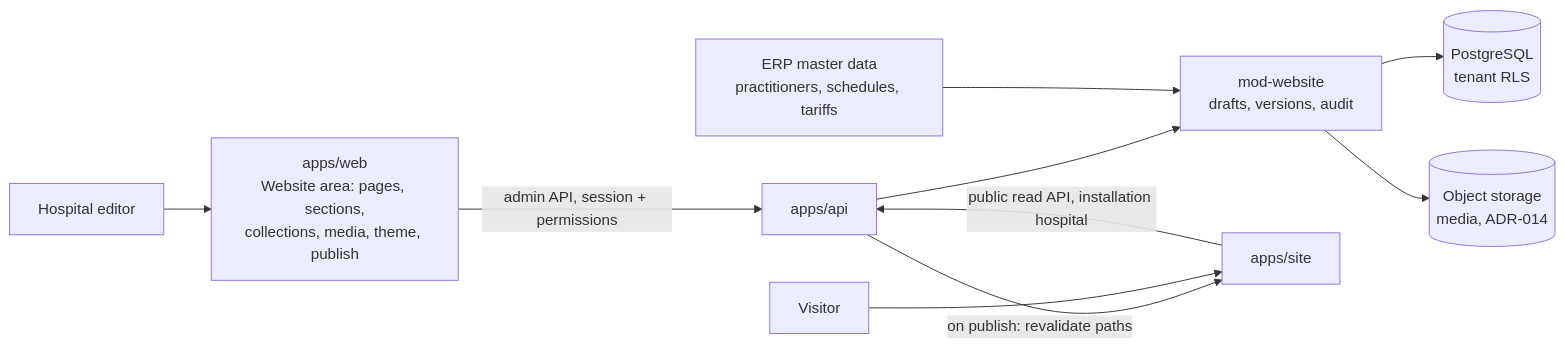
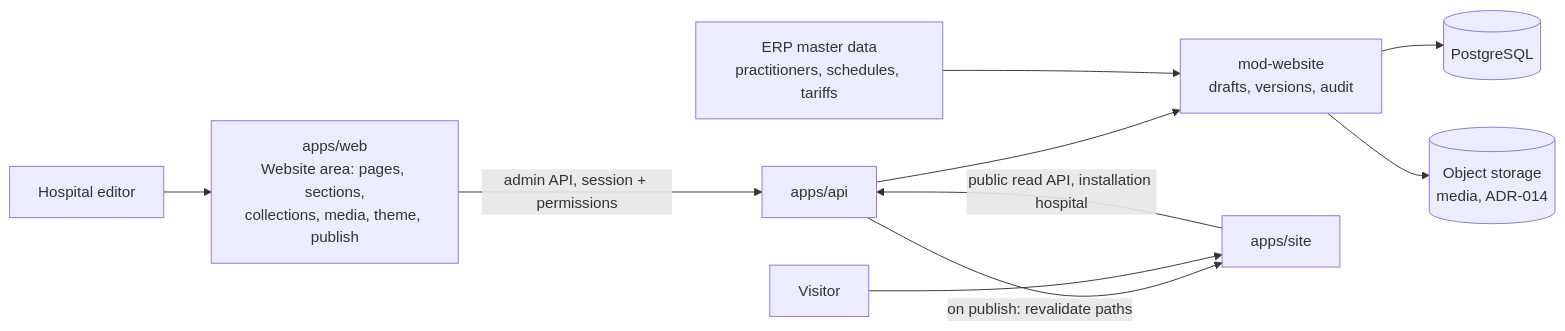
One commit to NOMAN1802/HMS-SaaS changed the second of 4 diagrams in docs/site-planning/D-system-design.md. Above: the diagram before and after it, drawn with Mermaid. The commit also changed other lines of this file and 72 other files, not shown here.

````diff
--- a/docs/site-planning/D-system-design.md
+++ b/docs/site-planning/D-system-design.md
@@ -133,12 +133,12 @@
 ```mermaid
 flowchart LR
   ED[Hospital editor] --> WEB[apps/web<br/>Website area: pages, sections,<br/>collections, media, theme, publish]
   WEB -->|admin API, session + permissions| API[apps/api]
   API --> MOD[mod-website<br/>drafts, versions, audit]
-  MOD --> DB[(PostgreSQL<br/>tenant RLS)]
+  MOD --> DB[(PostgreSQL)]
   MOD --> OBJ[(Object storage<br/>media, ADR-014)]
   API -->|on publish: revalidate paths| SITE[apps/site]
   V[Visitor] --> SITE
   SITE -->|public read API, installation hospital| API
   ERP[ERP master data<br/>practitioners, schedules, tariffs] --> MOD
 ```
````
